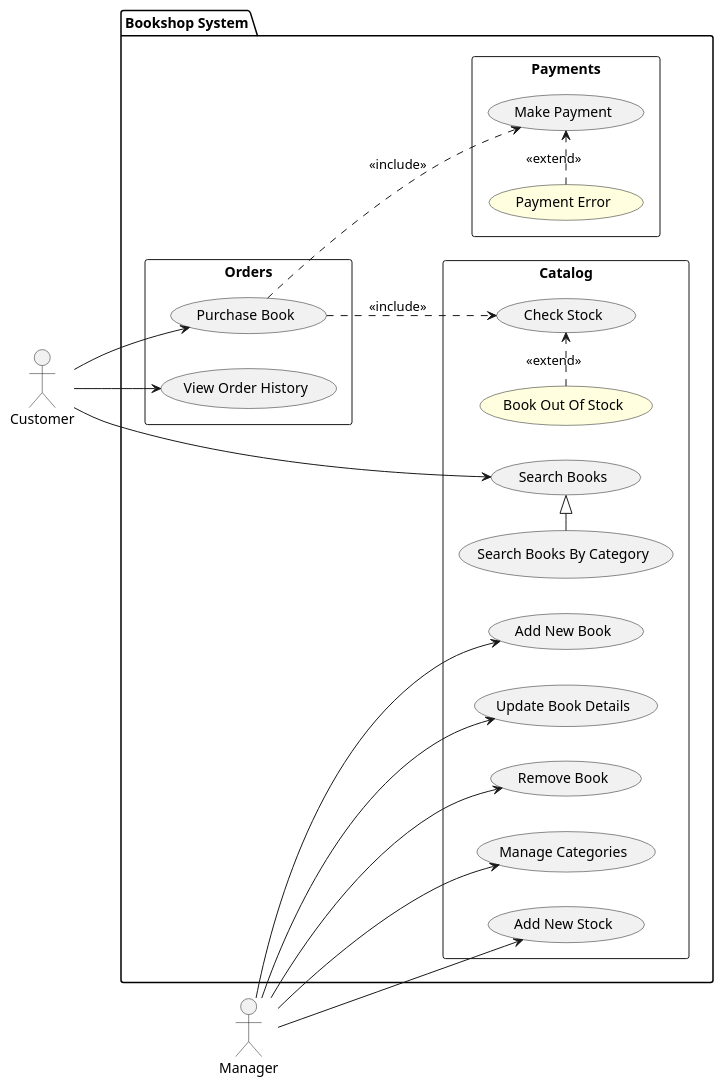
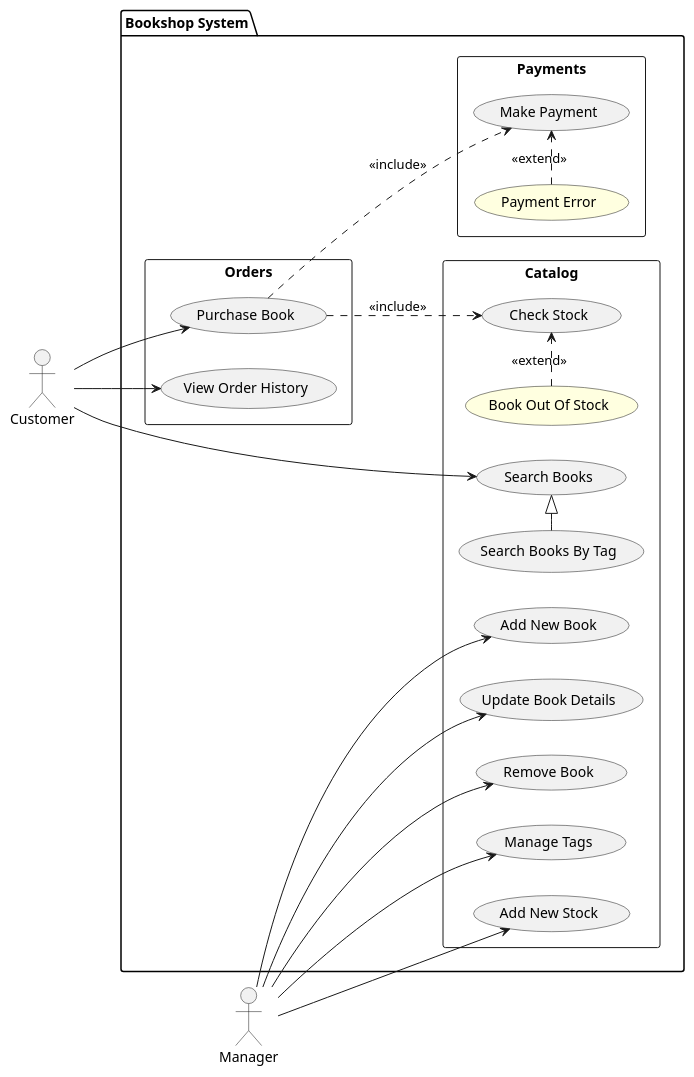
The diagram in docs/architecture/use-case-diagrams/overview.puml (mikelgoig/php-microservice-example), drawn with PlantUML before and after one commit. The commit also changed 6 other files, not shown here.

Commit message:
docs: replace 'Category' with 'Tag' in catalog context docs

```diff
--- a/docs/architecture/use-case-diagrams/overview.puml
+++ b/docs/architecture/use-case-diagrams/overview.puml
@@ -1,46 +1,46 @@
 @startuml overview
 left to right direction
 
 actor Customer
 actor Manager
 
 package "Bookshop System" {
     rectangle Catalog {
         usecase "Add New Book"
         usecase "Update Book Details"
         usecase "Remove Book"
-        usecase "Manage Categories"
+        usecase "Manage Tags"
         usecase "Add New Stock"
         usecase "Check Stock"
         usecase "Book Out Of Stock" #lightyellow
         usecase "Search Books"
-        usecase "Search Books By Category"
-        "Search Books By Category" -right-|> "Search Books"
+        usecase "Search Books By Tag"
+        "Search Books By Tag" -right-|> "Search Books"
         "Book Out Of Stock" .right.> "Check Stock" : <<extend>>
     }
 
     rectangle Orders {
         usecase "Purchase Book"
         usecase "View Order History"
     }
 
     rectangle Payments {
         usecase "Make Payment"
         usecase "Payment Error" #lightyellow
         "Payment Error" .right.> "Make Payment" : <<extend>>
     }
 }
 
 Manager --> "Add New Book"
 Manager --> "Update Book Details"
 Manager --> "Remove Book"
 Manager --> "Add New Stock"
-Manager --> "Manage Categories"
+Manager --> "Manage Tags"
 
 Customer --> "Search Books"
 
 Customer --> "Purchase Book"
 "Purchase Book" ..> "Check Stock" : <<include>>
 "Purchase Book" ..> "Make Payment" : <<include>>
 Customer --> "View Order History"
 @enduml
```
